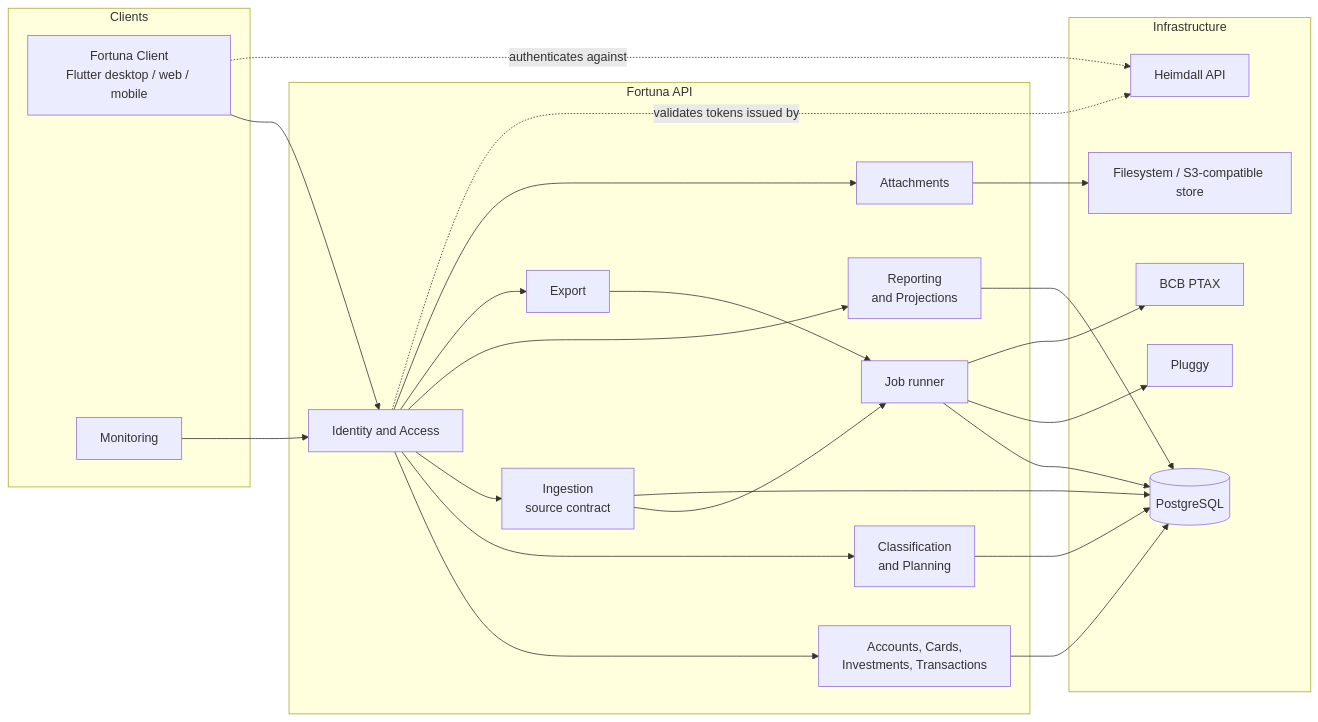
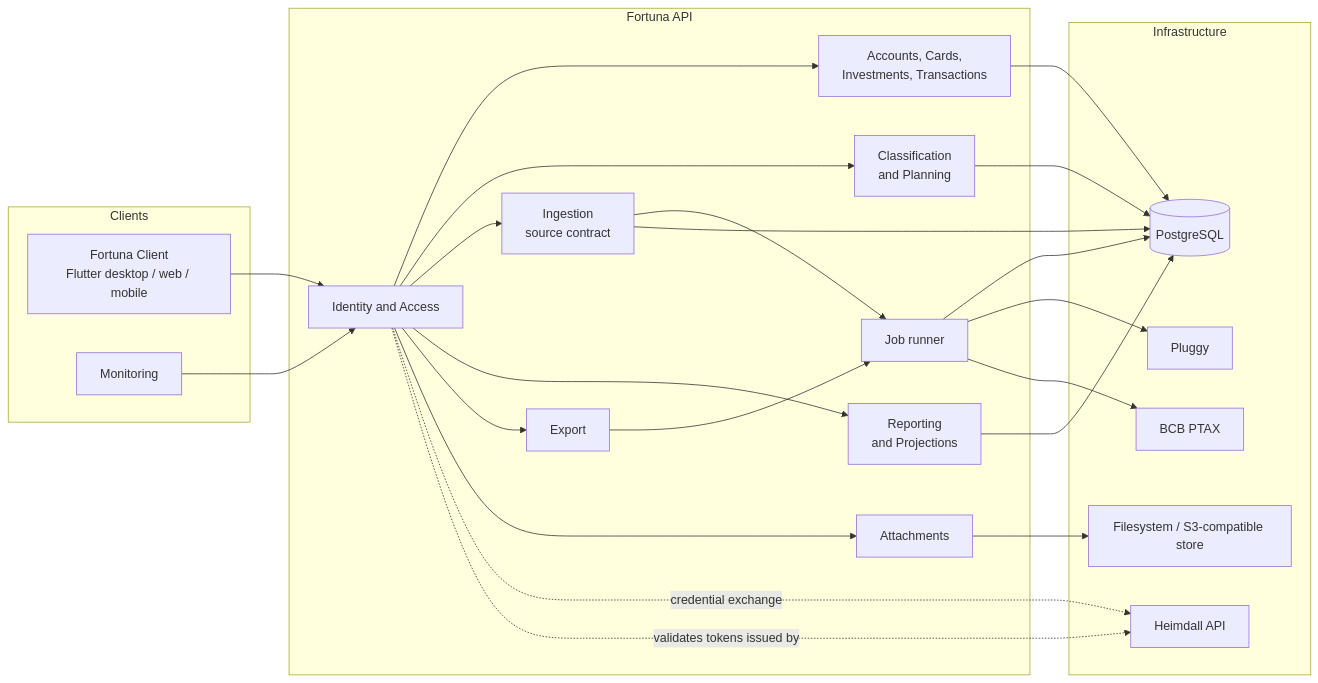
The first of 3 diagrams in docs/requirements/System Requirements Document.md (artur-rios/fortuna-api), drawn with Mermaid before and after one commit. The commit also changed other lines of this file and 30 other files, not shown here.

````diff
--- a/docs/requirements/System Requirements Document.md
+++ b/docs/requirements/System Requirements Document.md
@@ -55,47 +55,47 @@
 ```mermaid
 graph LR
     subgraph Clients
         FC[Fortuna Client<br/>Flutter desktop / web / mobile]
         MON[Monitoring]
     end
 
     subgraph FortunaAPI[Fortuna API]
         SEC[Identity and Access]
         DOM[Accounts, Cards,<br/>Investments, Transactions]
         CLS[Classification<br/>and Planning]
         ING[Ingestion<br/>source contract]
         RPT[Reporting<br/>and Projections]
         EXP[Export]
         ATT[Attachments]
         JOB[Job runner]
     end
 
     subgraph Infrastructure
         DB[(PostgreSQL)]
         FS[Filesystem / S3-compatible store]
         HD[Heimdall API]
         PL[Pluggy]
         PT[BCB PTAX]
     end
 
     FC --> SEC
     MON --> SEC
     SEC --> DOM
     SEC --> CLS
     SEC --> ING
     SEC --> RPT
     SEC --> EXP
     SEC --> ATT
     ING --> JOB
     EXP --> JOB
     DOM --> DB
     CLS --> DB
     ING --> DB
     RPT --> DB
     JOB --> DB
     ATT --> FS
-    FC -.authenticates against.-> HD
+    SEC -.credential exchange.-> HD
     SEC -.validates tokens issued by.-> HD
     JOB --> PL
     JOB --> PT
 ```
````
